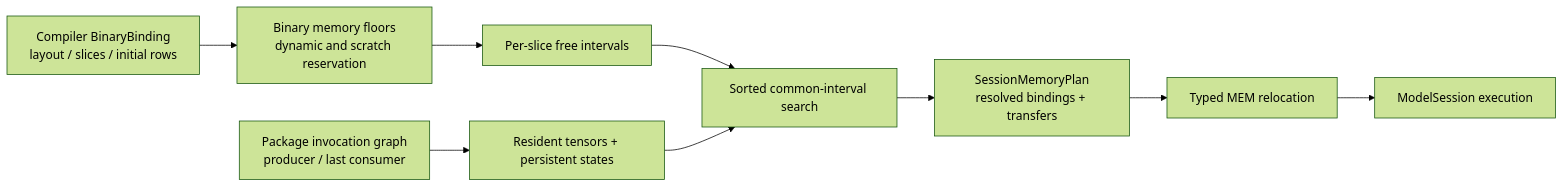
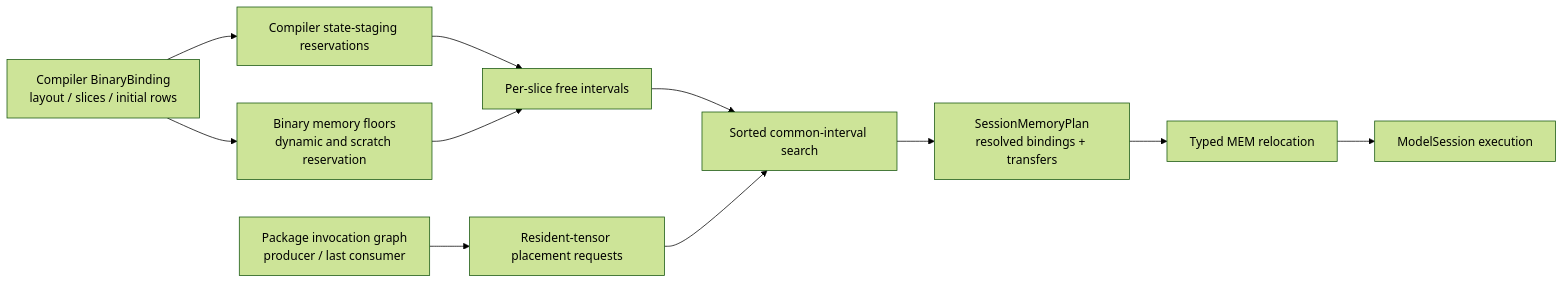
Before and after one commit to WongWangKit/FTLPU-SOFTWARE: the second of 2 diagrams in runtime/docs/model_package.md, drawn with Mermaid (forest theme). The commit also changed other lines of this file and 25 other files, not shown here.

````diff
--- a/runtime/docs/model_package.md
+++ b/runtime/docs/model_package.md
@@ -146,17 +152,20 @@
 ```mermaid
 flowchart LR
     Binding["Compiler BinaryBinding<br/>layout / slices / initial rows"]
     Floors["Binary memory floors<br/>dynamic and scratch reservation"]
     Graph["Package invocation graph<br/>producer / last consumer"]
     Free["Per-slice free intervals"]
-    Requests["Resident tensors + persistent states"]
+    Requests["Resident-tensor placement requests"]
+    State["Compiler state-staging reservations"]
     Search["Sorted common-interval search"]
     Plan["SessionMemoryPlan<br/>resolved bindings + transfers"]
     Reloc["Typed MEM relocation"]
     Run["ModelSession execution"]
 
-    Binding --> Floors --> Free
+    Binding --> Floors
+    Binding --> State --> Free
+    Floors --> Free
     Graph --> Requests
     Free --> Search
     Requests --> Search --> Plan --> Reloc --> Run
 ```
````
